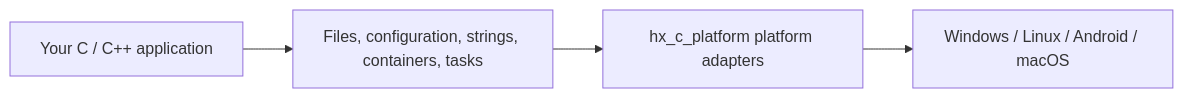
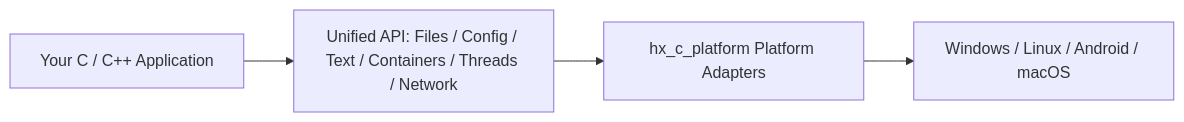
Before and after one commit to HuangX666/hx_c_platform: the diagram in README.md, drawn with Mermaid. The commit also changed other lines of this file and 135 other files, not shown here.

````diff
--- a/README.md
+++ b/README.md
@@ -19,6 +13,6 @@
 ```mermaid
 flowchart LR
-    A["Your C / C++ application"] --> B["Files, configuration, strings, containers, tasks"]
-    B --> C["hx_c_platform platform adapters"]
+    A["Your C / C++ Application"] --> B["Unified API: Files / Config / Text / Containers / Threads / Network"]
+    B --> C["hx_c_platform Platform Adapters"]
     C --> D["Windows / Linux / Android / macOS"]
 ```
````
